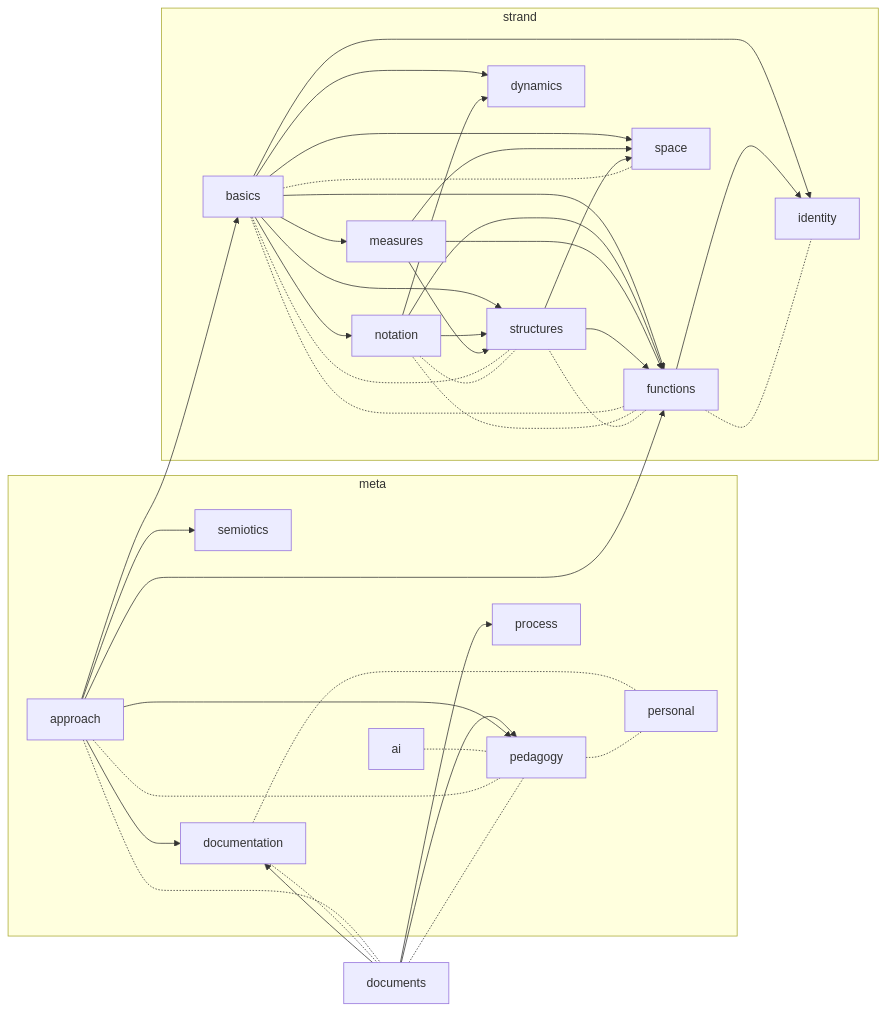
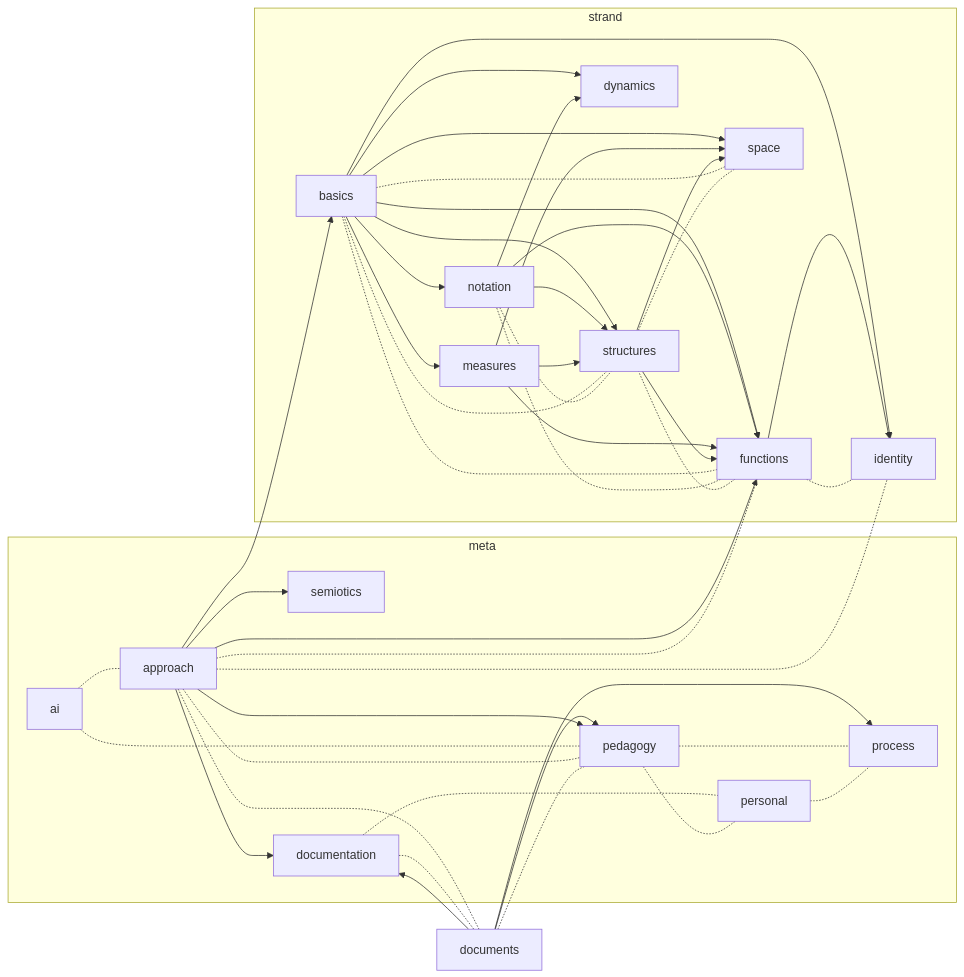
The diagram in documentation/documents.md (our-are-why/models), drawn with Mermaid before and after one commit. The commit also changed 10 other files, not shown here.

````diff
--- a/documentation/documents.md
+++ b/documentation/documents.md
@@ -54,61 +54,67 @@
 ```mermaid
 flowchart LR
   subgraph meta
     personal
     approach
     semiotics
     pedagogy
     documentation
     ai
     process
   end
   subgraph strand
     basics
     notation
     measures
     structures
     functions
     dynamics
     identity
     space
   end
   documents
   approach --> semiotics
   approach --> documentation
   documents --> documentation
   documents --> process
   documents --> pedagogy
   approach --> pedagogy
   approach --> basics
   basics --> notation
   basics --> measures
   basics --> structures
   notation --> structures
   measures --> structures
   basics --> functions
   notation --> functions
   measures --> functions
   structures --> functions
   approach --> functions
   basics --> dynamics
   notation --> dynamics
   basics --> identity
   functions --> identity
   basics --> space
   measures --> space
   structures --> space
+  ai -.- approach
   ai -.- pedagogy
   approach -.- documents
+  approach -.- functions
+  approach -.- identity
   approach -.- pedagogy
   basics -.- functions
   basics -.- space
   basics -.- structures
   documentation -.- documents
+  documentation -.- personal
   documents -.- pedagogy
-  documentation -.- personal
   functions -.- identity
   functions -.- notation
   functions -.- structures
   notation -.- structures
   pedagogy -.- personal
+  pedagogy -.- process
+  personal -.- process
+  space -.- structures
 ```
````
